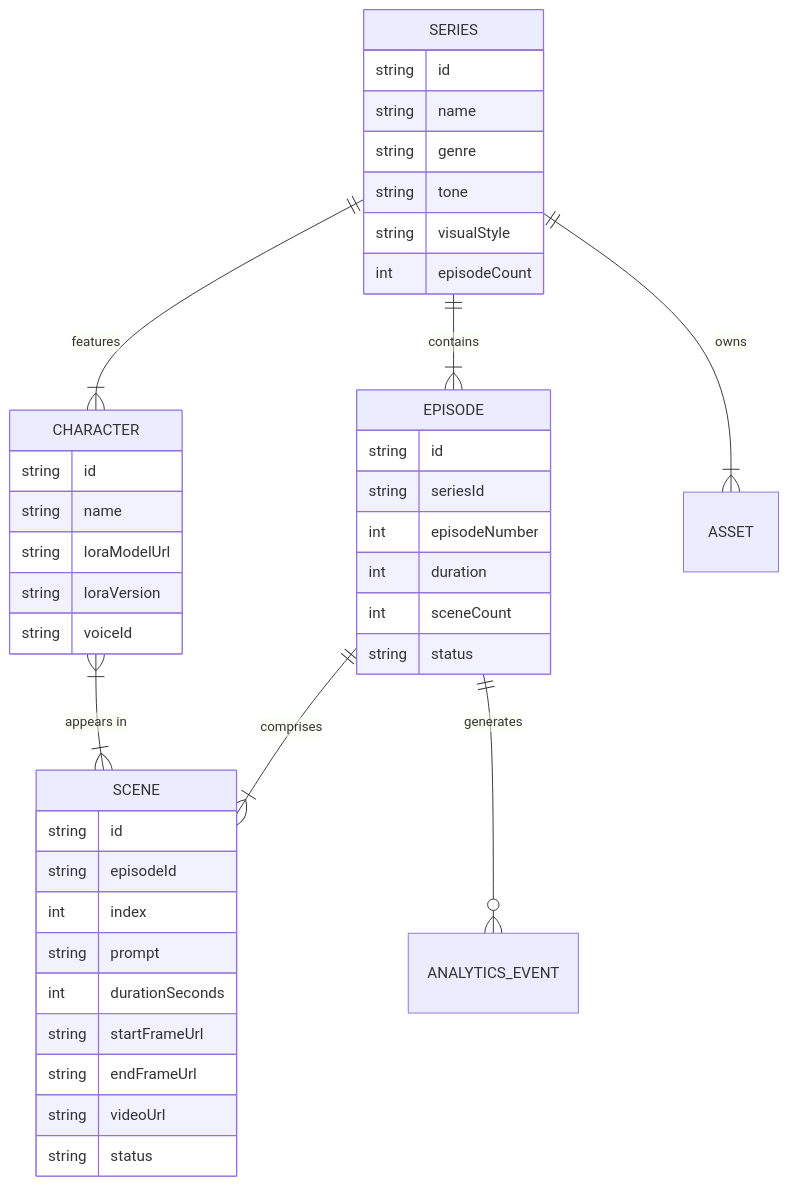
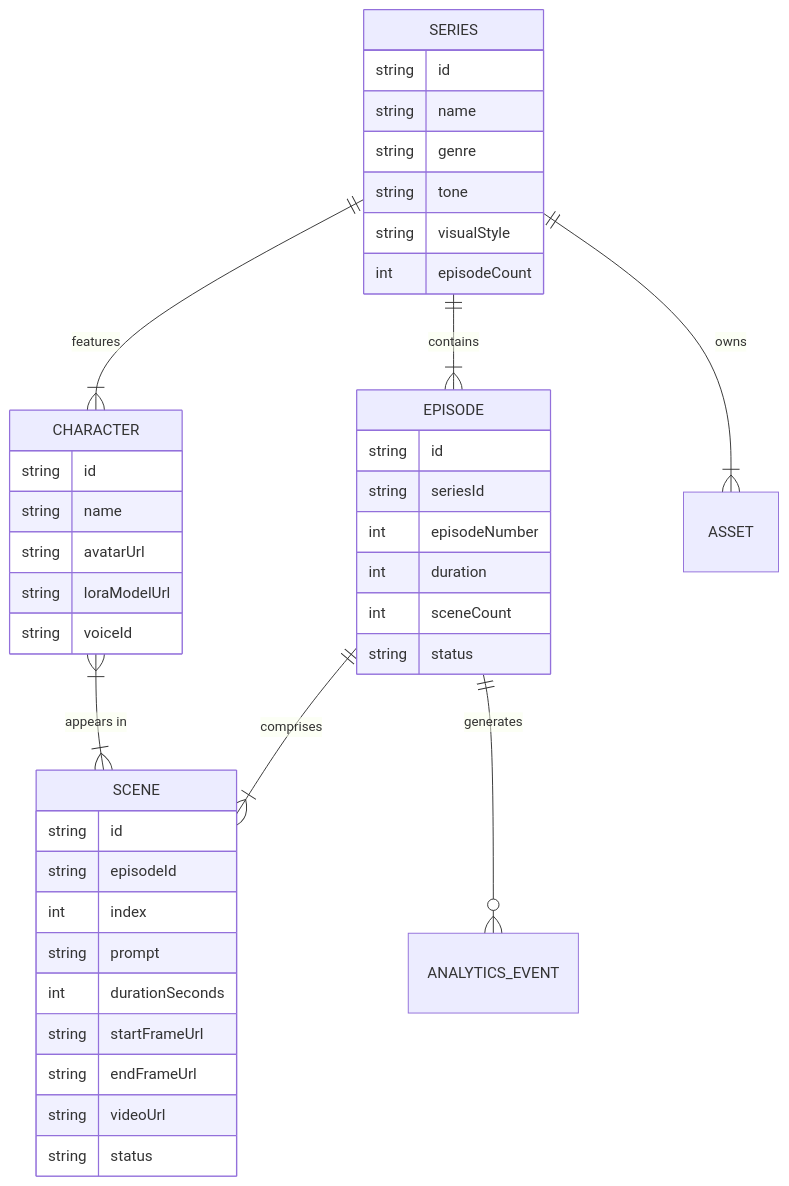
One commit to agrhub/Shine changed the second of 5 diagrams in docs/architecture-document.md. Above: the diagram before and after it, drawn with Mermaid. The commit also changed other lines of this file and 140 other files, not shown here.

````diff
--- a/docs/architecture-document.md
+++ b/docs/architecture-document.md
@@ -28,44 +34,44 @@
 ```mermaid
 erDiagram
     SERIES ||--|{ EPISODE : "contains"
     SERIES ||--|{ CHARACTER : "features"
     SERIES ||--|{ ASSET : "owns"
     EPISODE ||--|{ SCENE : "comprises"
     EPISODE ||--o{ ANALYTICS_EVENT : "generates"
     CHARACTER }|--|{ SCENE : "appears in"
 
     SERIES {
         string id
         string name
         string genre
         string tone
         string visualStyle
         int episodeCount
     }
     EPISODE {
         string id
         string seriesId
         int episodeNumber
         int duration
         int sceneCount
         string status
     }
     SCENE {
         string id
         string episodeId
         int index
         string prompt
         int durationSeconds
         string startFrameUrl
         string endFrameUrl
         string videoUrl
         string status
     }
     CHARACTER {
         string id
         string name
+        string avatarUrl
         string loraModelUrl
-        string loraVersion
         string voiceId
     }
 ```
````
